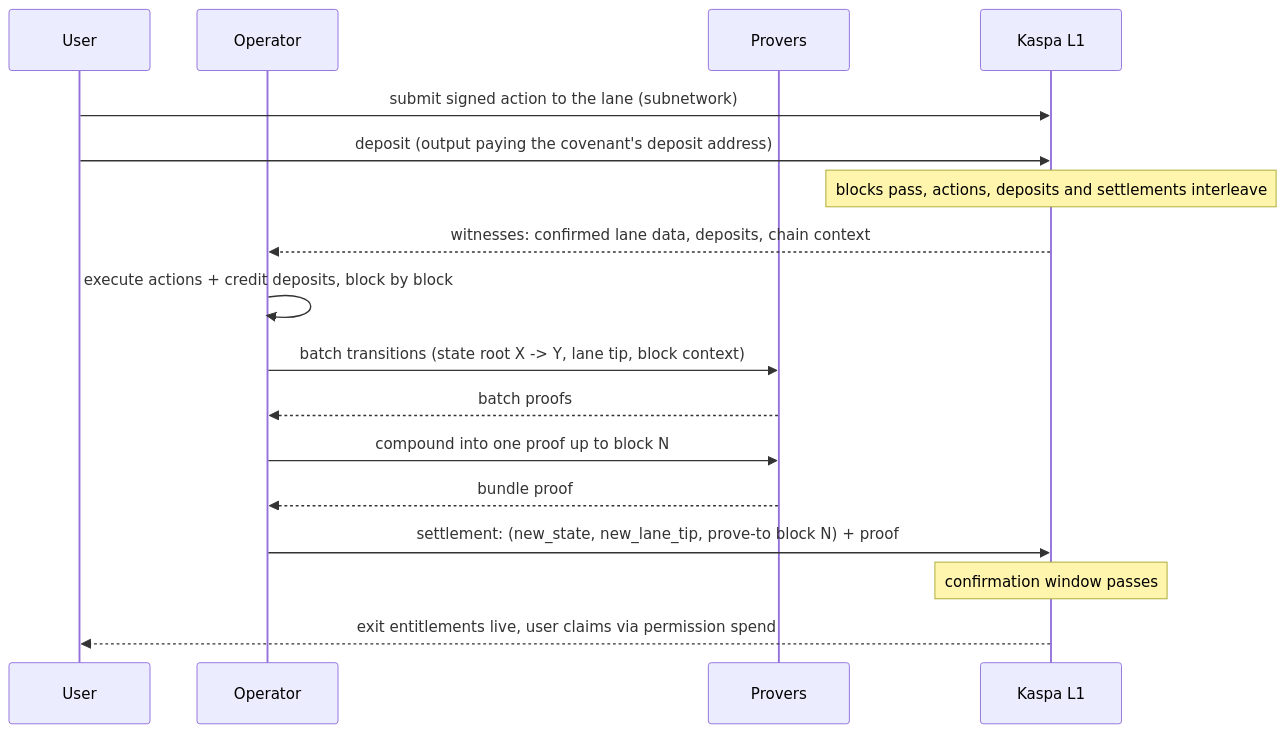
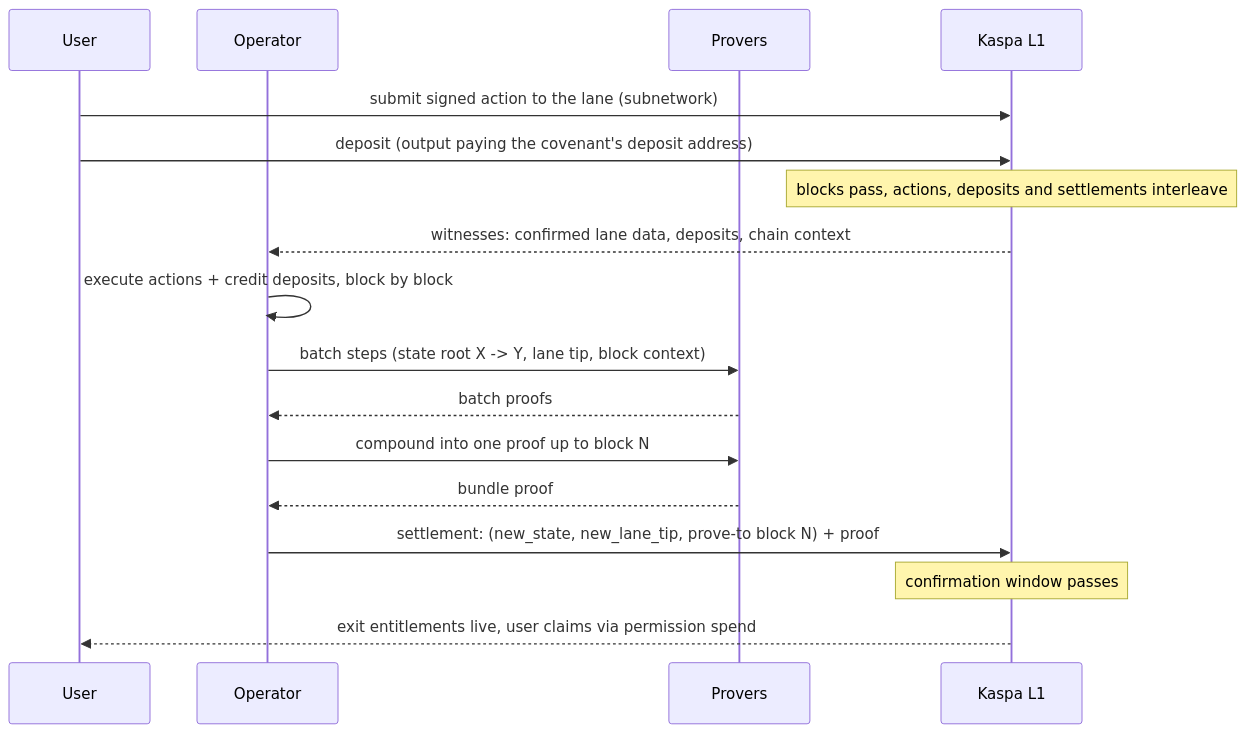
One commit to biryukovmaxim/vprogs-workshop changed the second of 2 diagrams in src/chaining.md. Above: the diagram before and after it, drawn with Mermaid. The commit also changed other lines of this file and 4 other files, not shown here.

````diff
--- a/src/chaining.md
+++ b/src/chaining.md
@@ -25,20 +45,20 @@
 ```mermaid
 sequenceDiagram
     participant U as User
     participant OP as Operator
     participant P as Provers
     participant L1 as Kaspa L1
 
     U->>L1: submit signed action to the lane (subnetwork)
     U->>L1: deposit (output paying the covenant's deposit address)
     Note over L1: blocks pass, actions, deposits and settlements interleave
     L1-->>OP: witnesses: confirmed lane data, deposits, chain context
     OP->>OP: execute actions + credit deposits, block by block
-    OP->>P: batch transitions (state root X -> Y, lane tip, block context)
+    OP->>P: batch steps (state root X -> Y, lane tip, block context)
     P-->>OP: batch proofs
     OP->>P: compound into one proof up to block N
     P-->>OP: bundle proof
     OP->>L1: settlement: (new_state, new_lane_tip, prove-to block N) + proof
     Note over L1: confirmation window passes
     L1-->>U: exit entitlements live, user claims via permission spend
 ```
````
